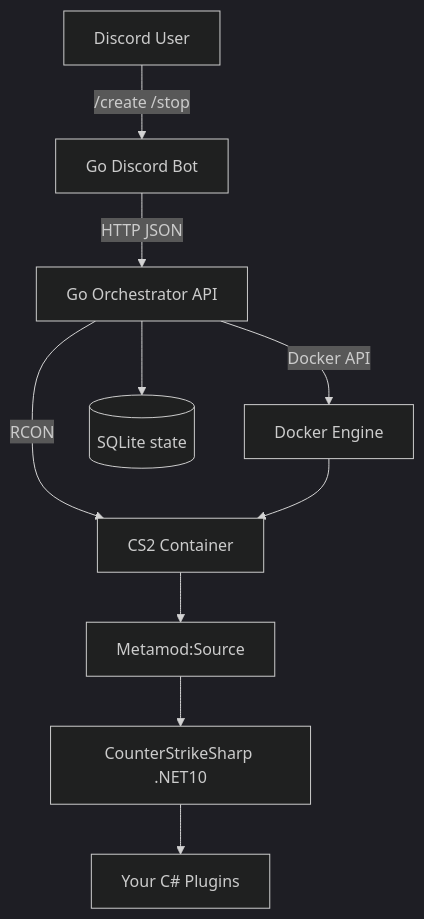
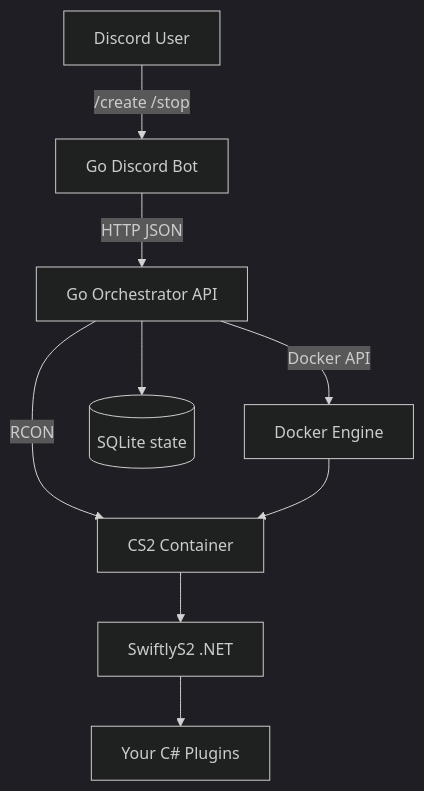
Before and after one commit to simonfalke-01/cs2-server: the diagram in README.md, drawn with Mermaid (dark theme). The commit also changed other lines of this file and 2 other files, not shown here.

First line of the commit message:
Update docs + Makefile for SwiftlyS2 and pure-compose flow

````diff
--- a/README.md
+++ b/README.md
@@ -13,12 +20,11 @@
 ```mermaid
 flowchart TD
   U[Discord User] -->|/create /stop| Bot[Go Discord Bot]
   Bot -->|HTTP JSON| Orch[Go Orchestrator API]
   Orch -->|Docker API| Eng[Docker Engine]
   Orch -->|RCON| GS
   Orch --> DB[(SQLite state)]
   Eng --> GS[CS2 Container]
-  GS --> MM[Metamod:Source]
-  MM --> CSS[CounterStrikeSharp .NET10]
-  CSS --> Plug[Your C# Plugins]
+  GS --> SW[SwiftlyS2 .NET]
+  SW --> Plug[Your C# Plugins]
 ```
````
